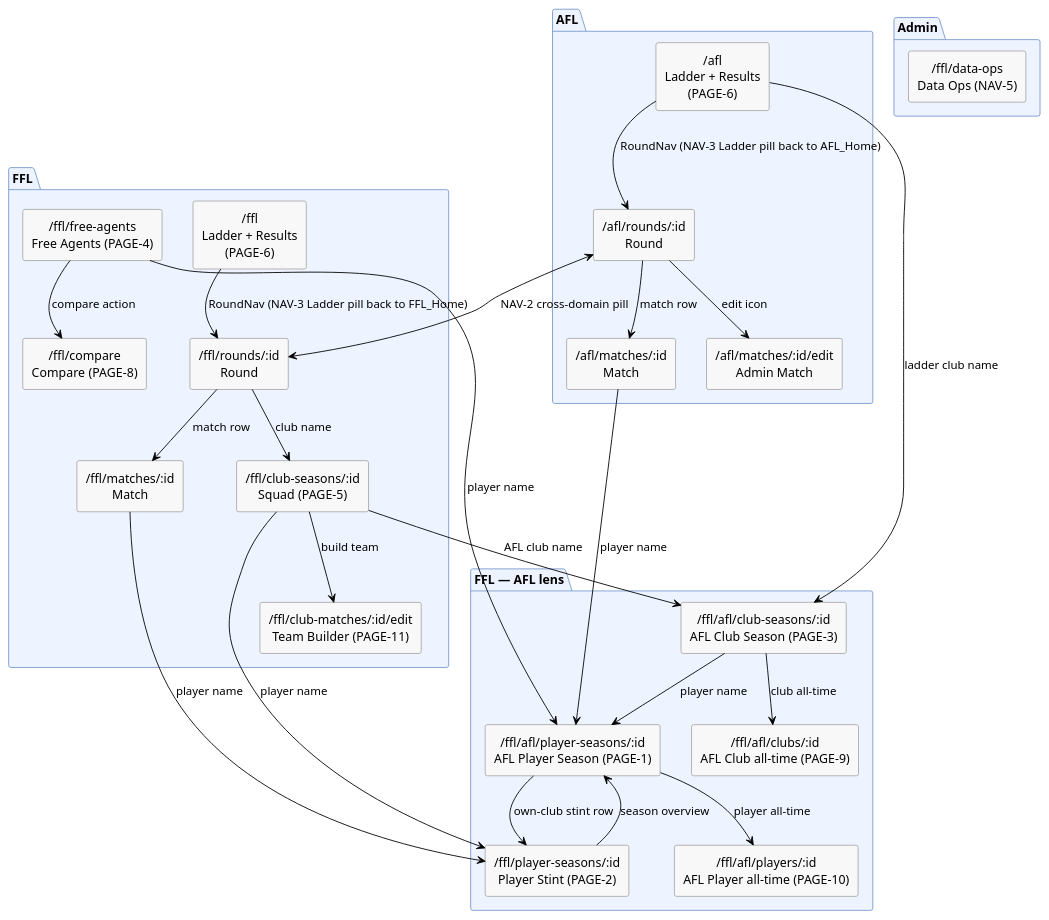
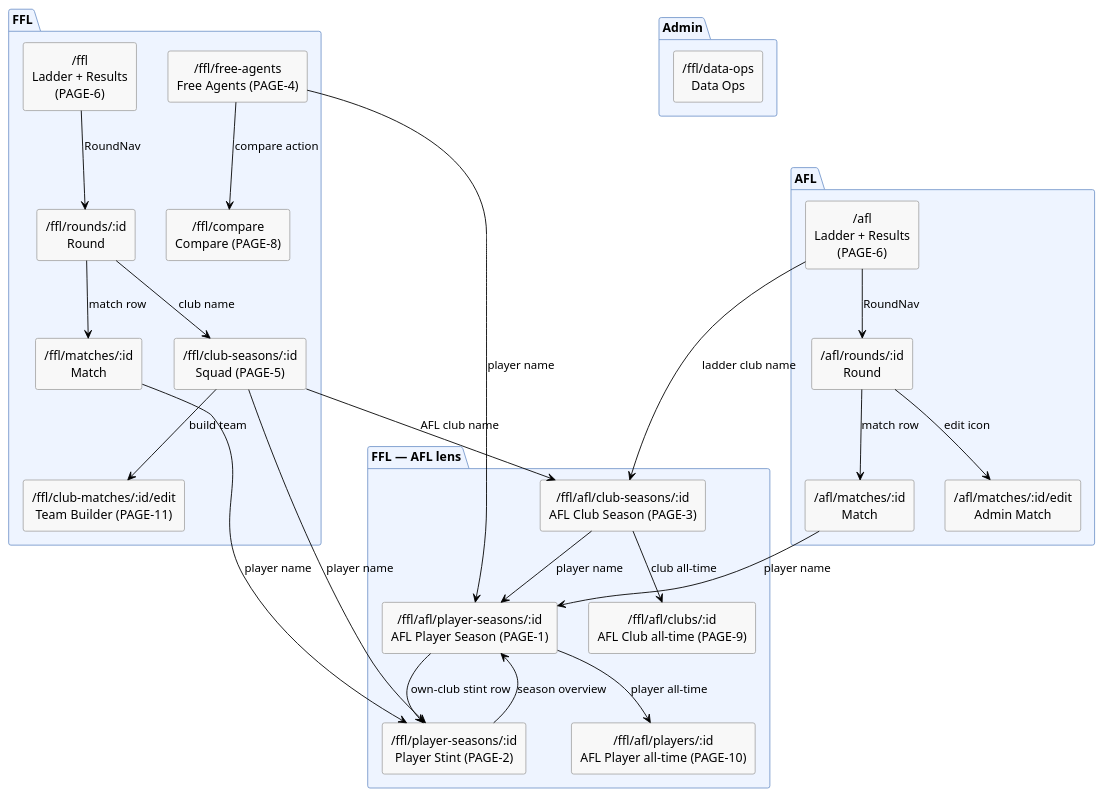
The diagram in plans/ideas.md (ruiboy/xffl), drawn with PlantUML before and after one commit. The commit also changed other lines of this file and 11 other files, not shown here.

````diff
--- a/plans/ideas.md
+++ b/plans/ideas.md
@@ -69,65 +62,64 @@
 ```plantuml
 @startuml
 !theme plain
 skinparam defaultTextAlignment center
 skinparam rectangle {
   BackgroundColor #f8f8f8
   BorderColor #aaaaaa
 }
 skinparam package {
   BackgroundColor #eef4ff
   BorderColor #7799cc
 }
 
 package "AFL" {
   rectangle "/afl\nLadder + Results\n(PAGE-6)" as AFL_Home
   rectangle "/afl/rounds/:id\nRound" as AFL_Round
   rectangle "/afl/matches/:id\nMatch" as AFL_Match
   rectangle "/afl/matches/:id/edit\nAdmin Match" as AFL_Admin
 }
 
 package "FFL" {
   rectangle "/ffl\nLadder + Results\n(PAGE-6)" as FFL_Home
   rectangle "/ffl/rounds/:id\nRound" as FFL_Round
   rectangle "/ffl/matches/:id\nMatch" as FFL_Match
   rectangle "/ffl/club-seasons/:id\nSquad (PAGE-5)" as FFL_Squad
   rectangle "/ffl/club-matches/:id/edit\nTeam Builder (PAGE-11)" as FFL_TB
   rectangle "/ffl/free-agents\nFree Agents (PAGE-4)" as FFL_Free
   rectangle "/ffl/compare\nCompare (PAGE-8)" as FFL_Compare
 }
 
 package "FFL — AFL lens" {
   rectangle "/ffl/afl/player-seasons/:id\nAFL Player Season (PAGE-1)" as P1
   rectangle "/ffl/player-seasons/:id\nPlayer Stint (PAGE-2)" as P2
   rectangle "/ffl/afl/club-seasons/:id\nAFL Club Season (PAGE-3)" as P3
   rectangle "/ffl/afl/clubs/:id\nAFL Club all-time (PAGE-9)" as P9
   rectangle "/ffl/afl/players/:id\nAFL Player all-time (PAGE-10)" as P10
 }
 
 package "Admin" {
-  rectangle "/ffl/data-ops\nData Ops (NAV-5)" as DataOps
+  rectangle "/ffl/data-ops\nData Ops" as DataOps
 }
 
-AFL_Home  --> AFL_Round    : RoundNav (NAV-3 Ladder pill back to AFL_Home)
-FFL_Home  --> FFL_Round    : RoundNav (NAV-3 Ladder pill back to FFL_Home)
-AFL_Round <--> FFL_Round   : NAV-2 cross-domain pill
+AFL_Home  --> AFL_Round    : RoundNav
+FFL_Home  --> FFL_Round    : RoundNav
 AFL_Round --> AFL_Match    : match row
 AFL_Round --> AFL_Admin    : edit icon
 AFL_Match --> P1           : player name
 AFL_Home  --> P3           : ladder club name
 FFL_Round --> FFL_Match    : match row
 FFL_Round --> FFL_Squad    : club name
 FFL_Match --> P2           : player name
 FFL_Squad --> FFL_TB       : build team
 FFL_Squad --> P3           : AFL club name
 FFL_Squad --> P2           : player name
 P3 --> P1                  : player name
 P3 --> P9                  : club all-time
 P1 --> P2                  : own-club stint row
 P1 --> P10                 : player all-time
 P2 --> P1                  : season overview
 FFL_Free  --> P1           : player name
 FFL_Free  --> FFL_Compare  : compare action
 
 @enduml
 ```
````
